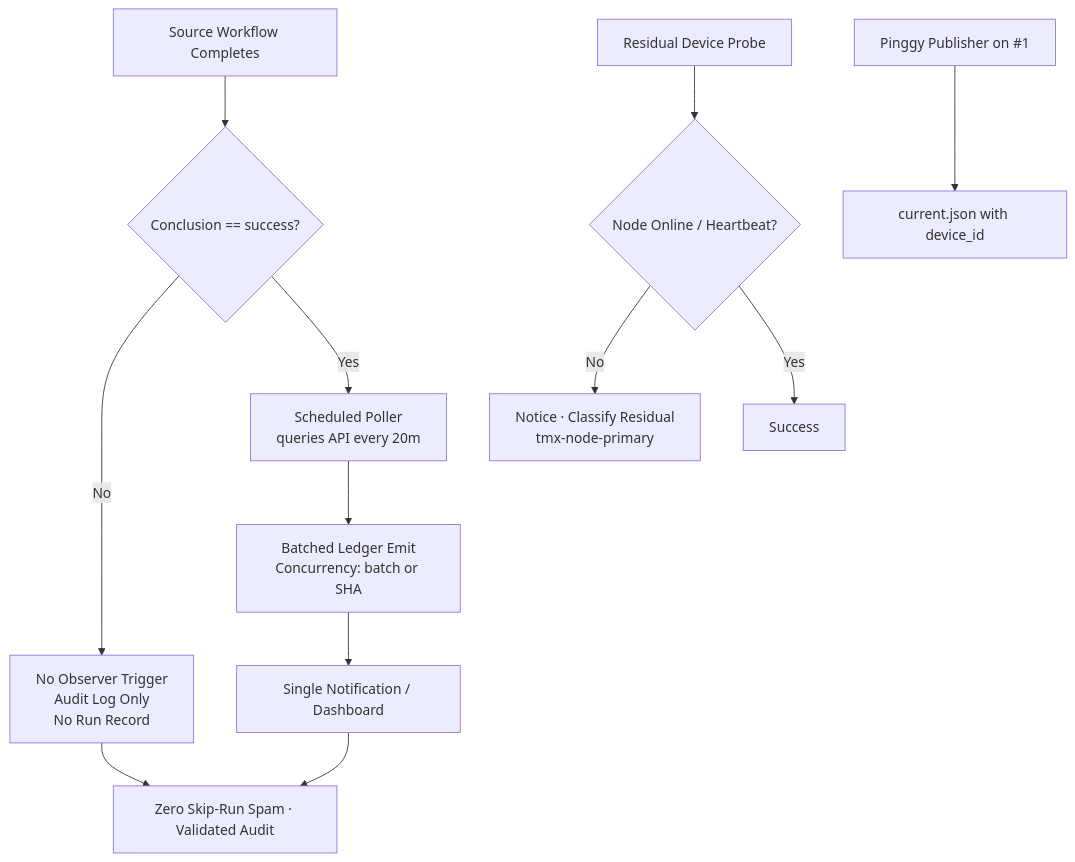
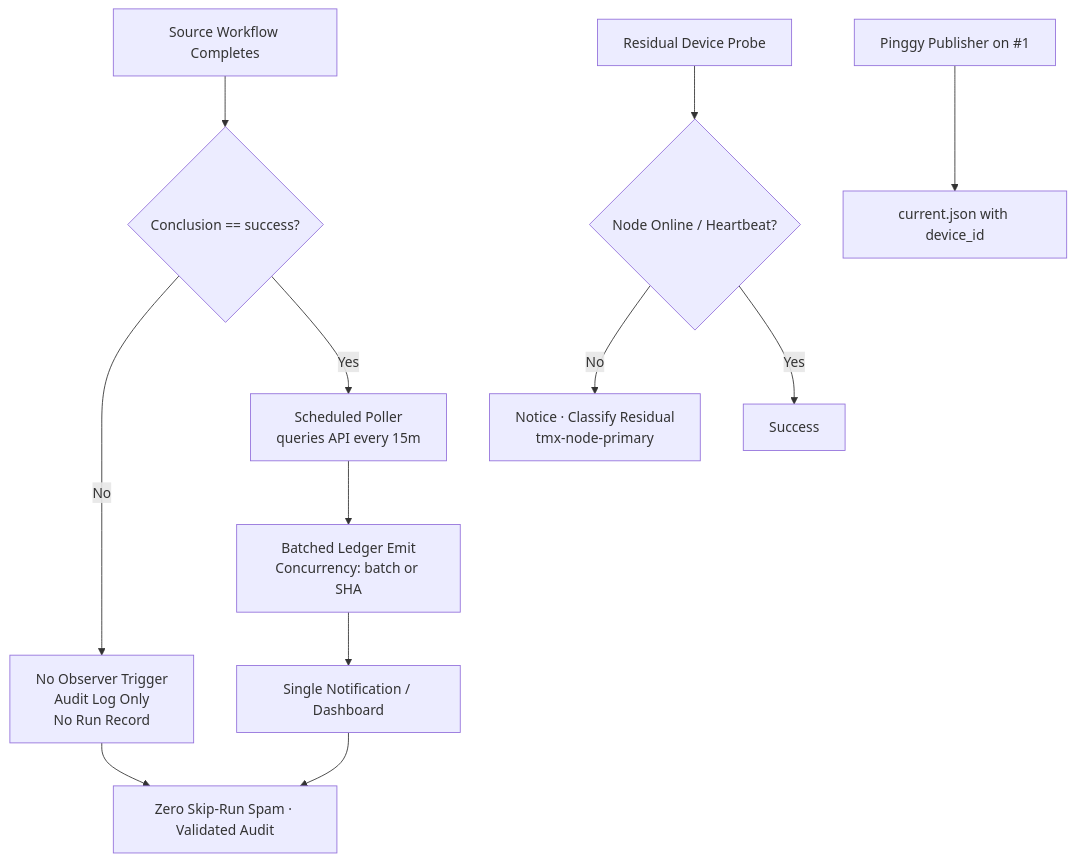
The diagram in docs/ops/ACTIONS-MATRIX.md (timerloggedout-spec/termux-monorepo), drawn with Mermaid before and after one commit. The commit also changed other lines of this file, not shown here.

First line of the commit message:
ops(matrix): live refresh 2026-10-27T21:00Z tip 7a8e37ec/ed733b9e — zero dual-gate failures, residual skip spam quantified (lane-events/throughput/fix-on-failure cascades), poller 15m batch success, Pinggy device#1 operational req reaffirmed with opaque ID, cadence/cache/3L0 tightened

````diff
--- a/docs/ops/ACTIONS-MATRIX.md
+++ b/docs/ops/ACTIONS-MATRIX.md
@@ -31,14 +36,14 @@
 ```mermaid
 flowchart TD
     A[Source Workflow Completes] --> B{Conclusion == success?}
     B -->|No| C[No Observer Trigger<br/>Audit Log Only<br/>No Run Record]
-    B -->|Yes| D[Scheduled Poller<br/>queries API every 20m]
+    B -->|Yes| D[Scheduled Poller<br/>queries API every 15m]
     D --> E[Batched Ledger Emit<br/>Concurrency: batch or SHA]
     E --> F[Single Notification / Dashboard]
     C --> G[Zero Skip-Run Spam · Validated Audit]
     F --> G
     H[Residual Device Probe] --> I{Node Online / Heartbeat?}
     I -->|No| J[Notice · Classify Residual<br/>tmx-node-primary]
     I -->|Yes| K[Success]
     L[Pinggy Publisher on #1] --> M[current.json with device_id]
 ```
````
